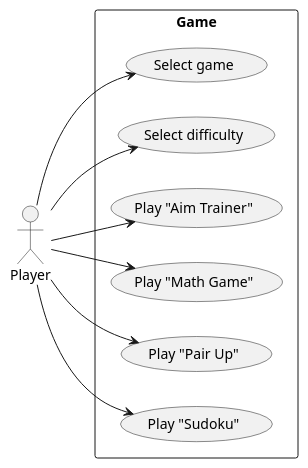
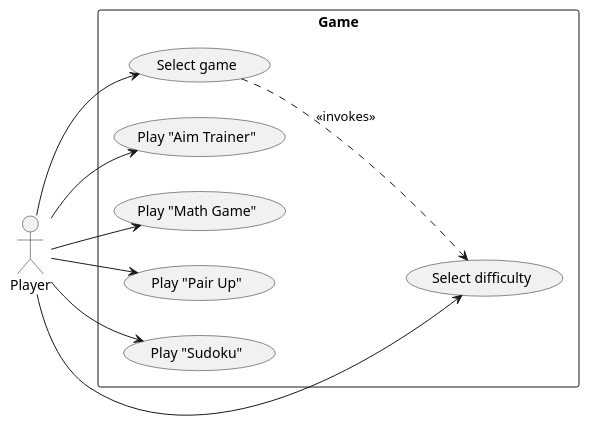
The diagram in PSI_2nd_trial/Diagrams/use_case_game_selection.puml (Cryptic5/itsSoOverlief), drawn with PlantUML before and after one commit. The commit also changed 1 other file, not shown here.

```diff
--- a/PSI_2nd_trial/Diagrams/use_case_game_selection.puml
+++ b/PSI_2nd_trial/Diagrams/use_case_game_selection.puml
@@ -1,20 +1,21 @@
 @startuml use_case_game_selection
 left to right direction
 :Player: as player
 
 rectangle "Game" as game_selection {
     usecase "Select game" as select_game
     usecase "Select difficulty" as select_difficulty
     usecase "Play <U+0022>Aim Trainer<U+0022>" as aim_trainer
     usecase "Play <U+0022>Math Game<U+0022>" as math_game
     usecase "Play <U+0022>Pair Up<U+0022>" as pair_up
     usecase "Play <U+0022>Sudoku<U+0022>" as sudoku
 }
 
+select_game ..> select_difficulty : <<invokes>>
 player --> select_game
 player --> select_difficulty
 player --> aim_trainer
 player --> math_game
 player --> pair_up
 player --> sudoku
 @enduml
```
